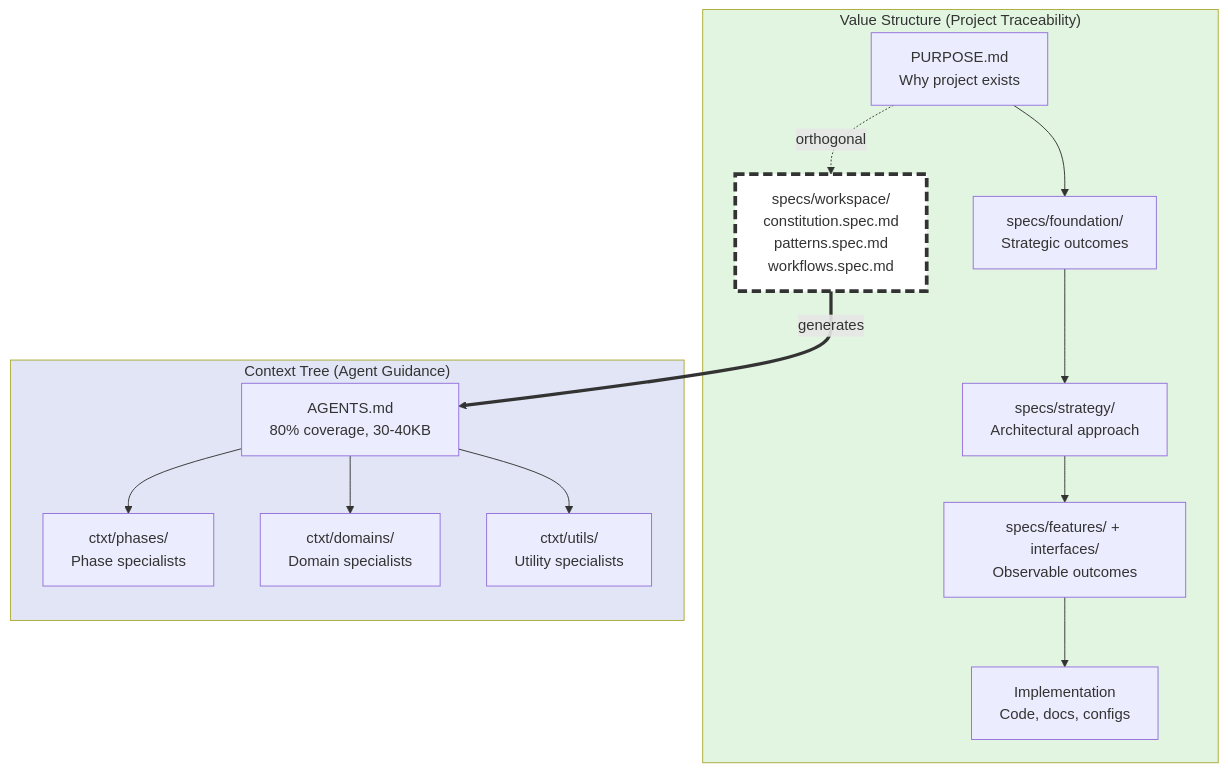
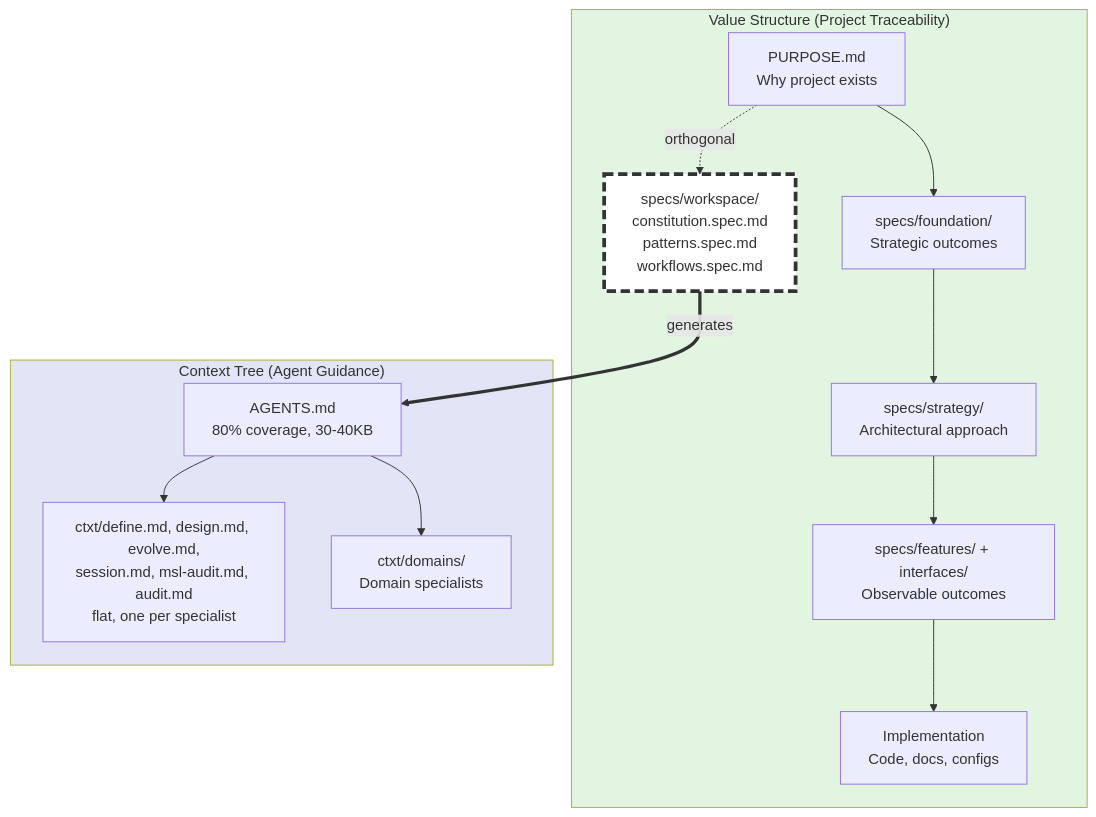
One commit to chrs-myrs/livespec changed the diagram in specs/artifacts/diagrams/value-structure-context-tree-relationship.spec.md. Above: the diagram before and after it, drawn with Mermaid. The commit also changed other lines of this file and 115 other files, not shown here.

````diff
--- a/specs/artifacts/diagrams/value-structure-context-tree-relationship.spec.md
+++ b/specs/artifacts/diagrams/value-structure-context-tree-relationship.spec.md
@@ -61,38 +60,36 @@
 ```mermaid
 graph TD
     subgraph VALUE["Value Structure (Project Traceability)"]
         PURPOSE[PURPOSE.md<br/>Why project exists]
         REQ[specs/foundation/<br/>Strategic outcomes]
         STRAT[specs/strategy/<br/>Architectural approach]
         BEH[specs/features/ + interfaces/<br/>Observable outcomes]
         IMPL[Implementation<br/>Code, docs, configs]
 
         PURPOSE --> REQ
         REQ --> STRAT
         STRAT --> BEH
         BEH --> IMPL
 
         WS:::bridge
         WS[specs/workspace/<br/>constitution.spec.md<br/>patterns.spec.md<br/>workflows.spec.md]
 
         PURPOSE -.orthogonal.-> WS
     end
 
     subgraph CONTEXT["Context Tree (Agent Guidance)"]
         AGENTS[AGENTS.md<br/>80% coverage, 30-40KB]
-        PHASES[ctxt/phases/<br/>Phase specialists]
+        SPECIALISTS[ctxt/define.md, design.md, evolve.md,<br/>session.md, msl-audit.md, audit.md<br/>flat, one per specialist]
         DOMAINS[ctxt/domains/<br/>Domain specialists]
-        UTILS[ctxt/utils/<br/>Utility specialists]
 
-        AGENTS --> PHASES
+        AGENTS --> SPECIALISTS
         AGENTS --> DOMAINS
-        AGENTS --> UTILS
     end
 
     WS ==>|generates| AGENTS
 
     classDef bridge fill:#fff,stroke:#333,stroke-width:4px,stroke-dasharray: 10 5
 
     style VALUE fill:#e1f5e1
     style CONTEXT fill:#e1e5f5
 ```
````
